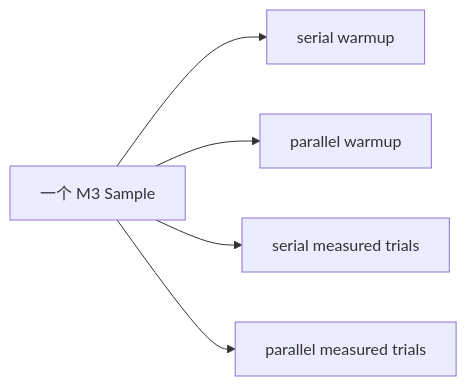
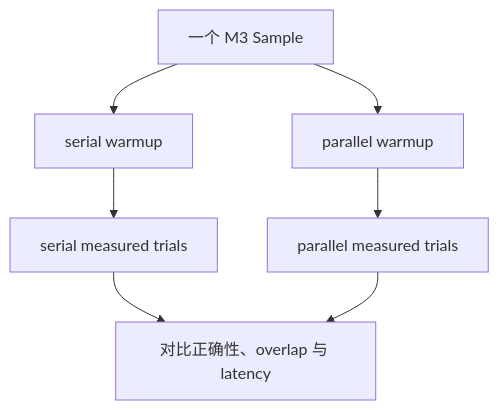
Before and after one commit to Arthur999459up/GitAgent: the third of 14 diagrams in docs/14-evaluation-design.md, drawn with Mermaid. The commit also changed other lines of this file and 16 other files, not shown here.

````diff
--- a/docs/14-evaluation-design.md
+++ b/docs/14-evaluation-design.md
@@ -142,7 +191,9 @@
 ```mermaid
-flowchart LR
-    S[一个 M3 Sample] --> A[serial warmup]
-    S --> B[parallel warmup]
-    S --> C[serial measured trials]
-    S --> D[parallel measured trials]
+flowchart TD
+    S[一个 M3 Sample] --> SW[serial warmup]
+    S --> PW[parallel warmup]
+    SW --> SM[serial measured trials]
+    PW --> PM[parallel measured trials]
+    SM --> C[对比正确性、overlap 与 latency]
+    PM --> C
 ```
````
